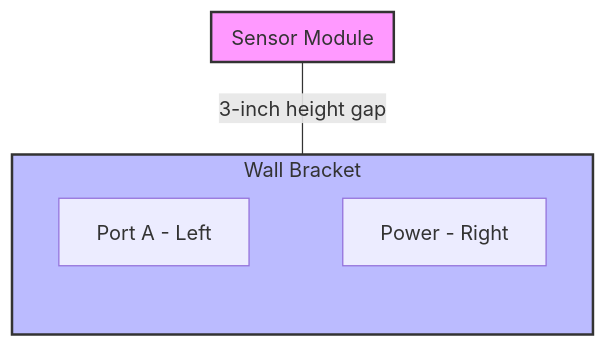
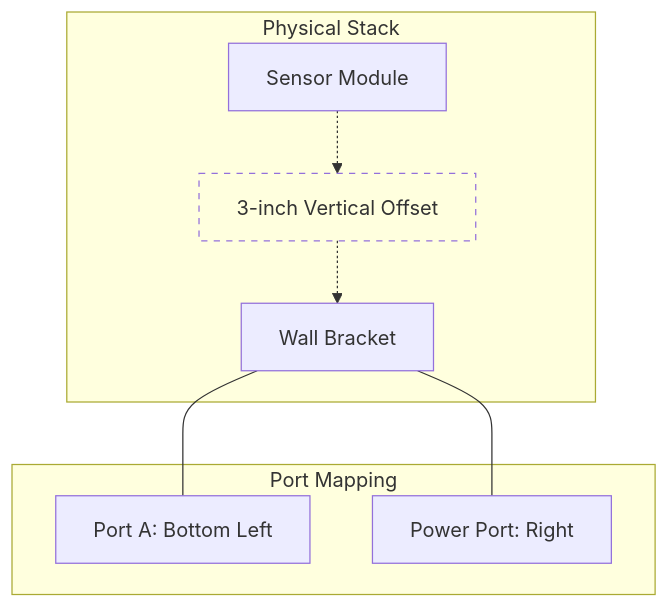
One commit to vaishvanara/techwritingkb changed the diagram in docs/industry-terms/isometric-schematic.md. Above: the diagram before and after it, drawn with Mermaid. The commit also changed other lines of this file and 51 other files, not shown here.

````diff
--- a/docs/industry-terms/isometric-schematic.md
+++ b/docs/industry-terms/isometric-schematic.md
@@ -50,19 +52,16 @@
 ```mermaid
 graph TD
-    subgraph Sensor_Module [Sensor Module]
-    direction LR
+    subgraph Assembly [Physical Stack]
+        SM[Sensor Module]
+        Gap[3-inch Vertical Offset]
+        WB[Wall Bracket]
+        SM -.-> Gap -.-> WB
     end
 
-    subgraph Wall_Bracket [Wall Bracket]
-    direction LR
-    Port_A[Port A - Left]
-    Power[Power - Right]
+    subgraph Bracket_Ports [Port Mapping]
+        WB --- PA[Port A: Bottom Left]
+        WB --- PP[Power Port: Right]
     end
 
-    Sensor_Module -- "3-inch height gap" --- Wall_Bracket
-    Wall_Bracket --- Port_A
-    Wall_Bracket --- Power
-
-    style Sensor_Module fill:#f9f,stroke:#333,stroke-width:2px
-    style Wall_Bracket fill:#bbf,stroke:#333,stroke-width:2px
+    style Gap fill:none,stroke-dasharray: 5 5
 ```
````
